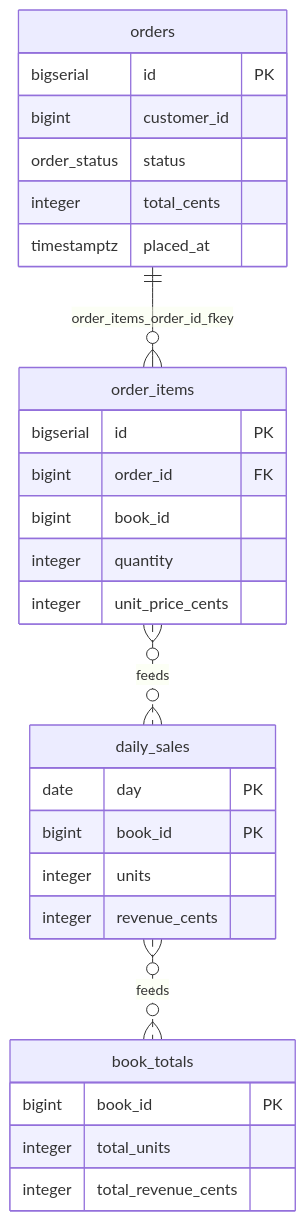
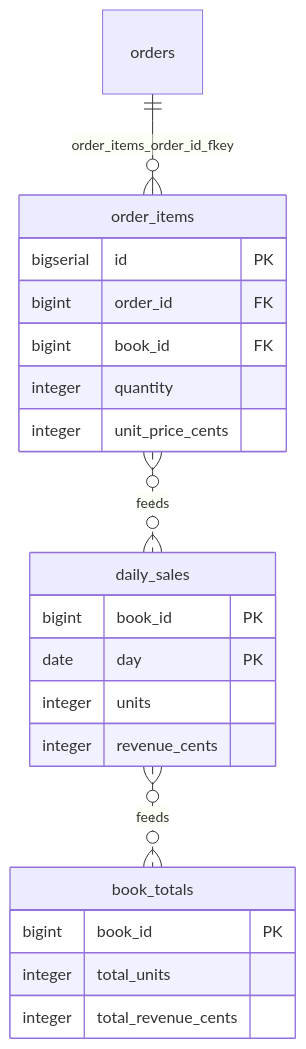
Before and after one commit to zemarsil/DatabaseVisualizer: the diagram in docs/walkthroughs/06-simulate-a-data-flow.md, drawn with Mermaid. The commit also changed other lines of this file and 43 other files, not shown here.

````diff
--- a/docs/walkthroughs/06-simulate-a-data-flow.md
+++ b/docs/walkthroughs/06-simulate-a-data-flow.md
@@ -44,31 +45,24 @@
 ```mermaid
 erDiagram
     orders ||--o{ order_items : "order_items_order_id_fkey"
     order_items }o..o{ daily_sales : "feeds"
     daily_sales }o..o{ book_totals : "feeds"
-    orders {
-        bigserial id PK
-        bigint customer_id
-        order_status status
-        integer total_cents
-        timestamptz placed_at
-    }
     order_items {
         bigserial id PK
         bigint order_id FK
-        bigint book_id
+        bigint book_id FK
         integer quantity
         integer unit_price_cents
     }
     daily_sales {
+        bigint book_id PK
         date day PK
-        bigint book_id PK
         integer units
         integer revenue_cents
     }
     book_totals {
         bigint book_id PK
         integer total_units
         integer total_revenue_cents
     }
 ```
````
